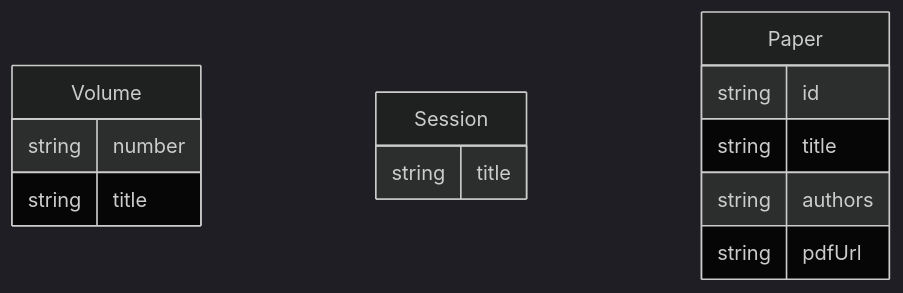
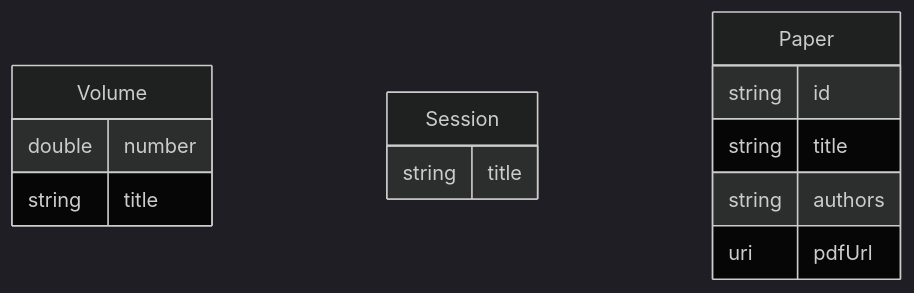
One commit to WolfgangFahl/pyMetaModel changed the diagram in examples/ceur-ws/ceur-ws.mermaid. Above: the diagram before and after it, drawn with Mermaid (dark theme). The commit also changed 18 other files, not shown here.

````diff
--- a/examples/ceur-ws/ceur-ws.mermaid
+++ b/examples/ceur-ws/ceur-ws.mermaid
@@ -1,19 +1,19 @@
 ```mermaid
 erDiagram
 Volume {
-    string number  
+    double number  
     string title  
 }
 Session {
     string title  
 }
 Paper {
     string id  
     string title  
     string authors  
-    string pdfUrl  
+    uri pdfUrl  
 }
 
 
 
 ```
````
